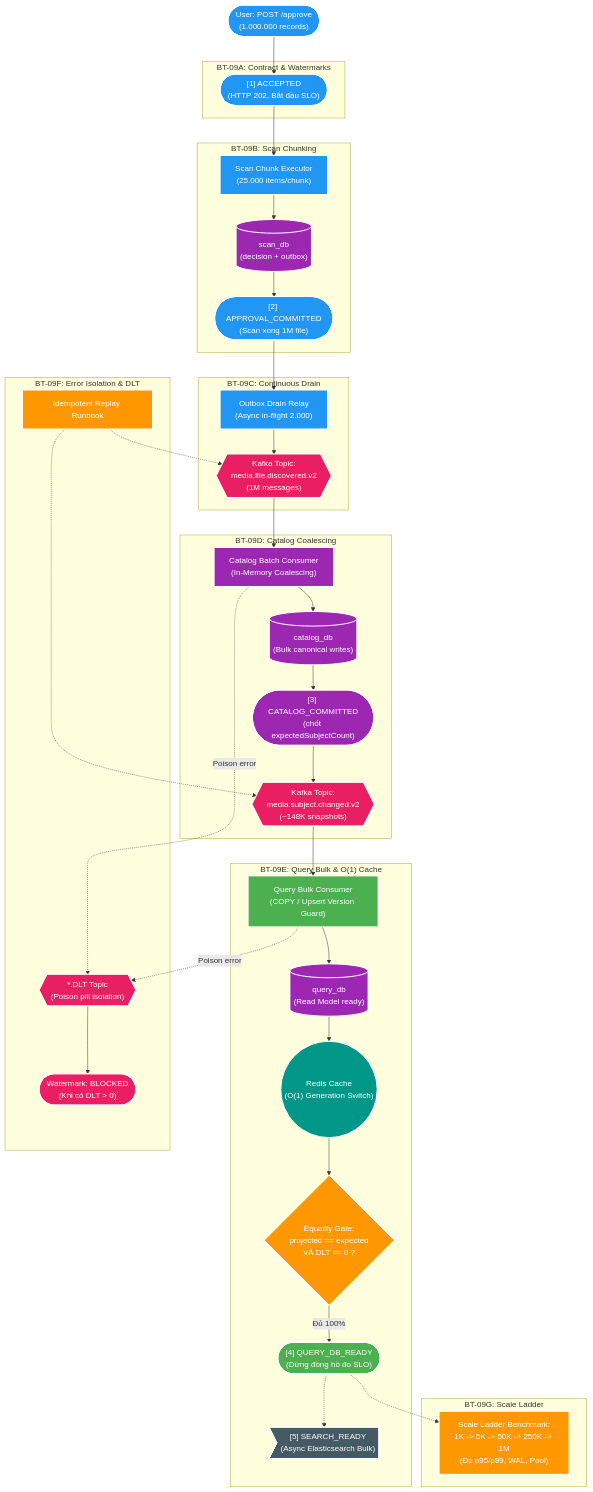
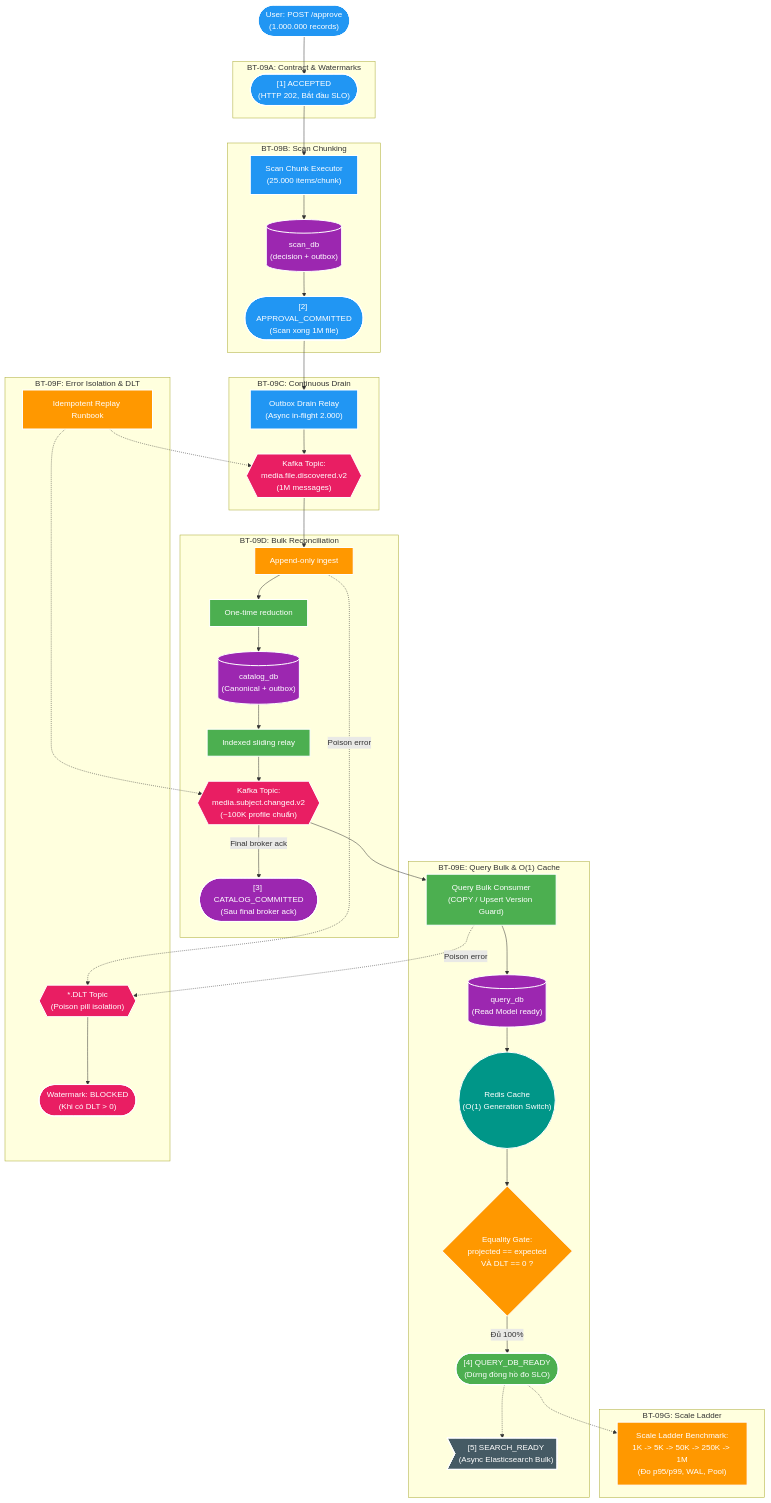
Before and after one commit to HungPhan200591/file-mngt-be-v2: the diagram in manual/learning/use-cases/scale-capacity/sc-01-scan-one-million-filesystem-entry/references/explain-bt09-master-pipeline-map.md, drawn with Mermaid. The commit also changed other lines of this file and 8 other files, not shown here.

Commit message:
feat: update Catalog bulk reconciliation architecture and performance targets

````diff
--- a/manual/learning/use-cases/scale-capacity/sc-01-scan-one-million-filesystem-entry/references/explain-bt09-master-pipeline-map.md
+++ b/manual/learning/use-cases/scale-capacity/sc-01-scan-one-million-filesystem-entry/references/explain-bt09-master-pipeline-map.md
@@ -10,29 +10,26 @@
 ```mermaid
 flowchart TD
     UI(["User: POST /approve<br/>(1.000.000 records)"])
-    
     subgraph STAGE_A["BT-09A: Contract &amp; Watermarks"]
         W_ACC(["[1] ACCEPTED<br/>(HTTP 202, Bắt đầu SLO)"])
     end
-
     subgraph STAGE_B["BT-09B: Scan Chunking"]
         S_CHUNK["Scan Chunk Executor<br/>(25.000 items/chunk)"]
         S_DB[("scan_db<br/>(decision + outbox)")]
         W_SCAN(["[2] APPROVAL_COMMITTED<br/>(Scan xong 1M file)"])
     end
-
     subgraph STAGE_C["BT-09C: Continuous Drain"]
         RELAY["Outbox Drain Relay<br/>(Async in-flight 2.000)"]
         K1{{"Kafka Topic:<br/>media.file.discovered.v2<br/>(1M messages)"}}
     end
-
-    subgraph STAGE_D["BT-09D: Catalog Coalescing"]
-        C_CONS["Catalog Batch Consumer<br/>(In-Memory Coalescing)"]
-        C_DB[("catalog_db<br/>(Bulk canonical writes)")]
-        W_CAT(["[3] CATALOG_COMMITTED<br/>(chốt expectedSubjectCount)"])
-        K2{{"Kafka Topic:<br/>media.subject.changed.v2<br/>(~148K snapshots)"}}
+    subgraph STAGE_D["BT-09D: Bulk Reconciliation"]
+        C_INGEST["Append-only ingest"]
+        C_REDUCE["One-time reduction"]
+        C_DB[("catalog_db<br/>(Canonical + outbox)")]
+        C_RELAY["Indexed sliding relay"]
+        K2{{"Kafka Topic:<br/>media.subject.changed.v2<br/>(~100K profile chuẩn)"}}
+        W_CAT(["[3] CATALOG_COMMITTED<br/>(Sau final broker ack)"])
     end
-
     subgraph STAGE_E["BT-09E: Query Bulk &amp; O(1) Cache"]
         Q_CONS["Query Bulk Consumer<br/>(COPY / Upsert Version Guard)"]
         Q_DB[("query_db<br/>(Read Model ready)")]
@@ -41,35 +38,30 @@
         W_READY(["[4] QUERY_DB_READY<br/>(Dừng đồng hồ đo SLO)"])
         Q_ES>"[5] SEARCH_READY<br/>(Async Elasticsearch Bulk)"]
     end
-
     subgraph STAGE_F["BT-09F: Error Isolation &amp; DLT"]
         DLT{{"*.DLT Topic<br/>(Poison pill isolation)"}}
         BLOCKED(["Watermark: BLOCKED<br/>(Khi có DLT &gt; 0)"])
         REPLAY["Idempotent Replay Runbook"]
     end
-
     subgraph STAGE_G["BT-09G: Scale Ladder"]
         LADDER["Scale Ladder Benchmark:<br/>1K -> 5K -> 50K -> 250K -> 1M<br/>(Đo p95/p99, WAL, Pool)"]
     end
-
     UI --> W_ACC --> S_CHUNK
     S_CHUNK --> S_DB --> W_SCAN
     W_SCAN --> RELAY --> K1
-    K1 --> C_CONS
-    C_CONS --> C_DB --> W_CAT --> K2
+    K1 --> C_INGEST
+    C_INGEST --> C_REDUCE --> C_DB --> C_RELAY --> K2
+    K2 -->|"Final broker ack"| W_CAT
     K2 --> Q_CONS
     Q_CONS --> Q_DB --> Q_CACHE --> BARRIER
     BARRIER -->|"Đủ 100%"| W_READY
     W_READY -.-> Q_ES
-
-    C_CONS -.->|"Poison error"| DLT
+    C_INGEST -.->|"Poison error"| DLT
     Q_CONS -.->|"Poison error"| DLT
     DLT --> BLOCKED
     REPLAY -.-> K1
     REPLAY -.-> K2
-
     W_READY -.-> LADDER
-
     style UI fill:#2196F3,stroke:#fff,stroke-width:2px,color:#fff
     style W_ACC fill:#2196F3,stroke:#fff,stroke-width:2px,color:#fff
     style S_CHUNK fill:#2196F3,stroke:#fff,stroke-width:2px,color:#fff
@@ -77,8 +69,10 @@
     style W_SCAN fill:#2196F3,stroke:#fff,stroke-width:2px,color:#fff
     style RELAY fill:#2196F3,stroke:#fff,stroke-width:2px,color:#fff
     style K1 fill:#E91E63,stroke:#fff,stroke-width:2px,color:#fff
-    style C_CONS fill:#9C27B0,stroke:#fff,stroke-width:2px,color:#fff
+    style C_INGEST fill:#FF9800,stroke:#fff,stroke-width:2px,color:#fff
+    style C_REDUCE fill:#4CAF50,stroke:#fff,stroke-width:2px,color:#fff
     style C_DB fill:#9C27B0,stroke:#fff,stroke-width:2px,color:#fff
+    style C_RELAY fill:#4CAF50,stroke:#fff,stroke-width:2px,color:#fff
     style W_CAT fill:#9C27B0,stroke:#fff,stroke-width:2px,color:#fff
     style K2 fill:#E91E63,stroke:#fff,stroke-width:2px,color:#fff
     style Q_CONS fill:#4CAF50,stroke:#fff,stroke-width:2px,color:#fff
````
